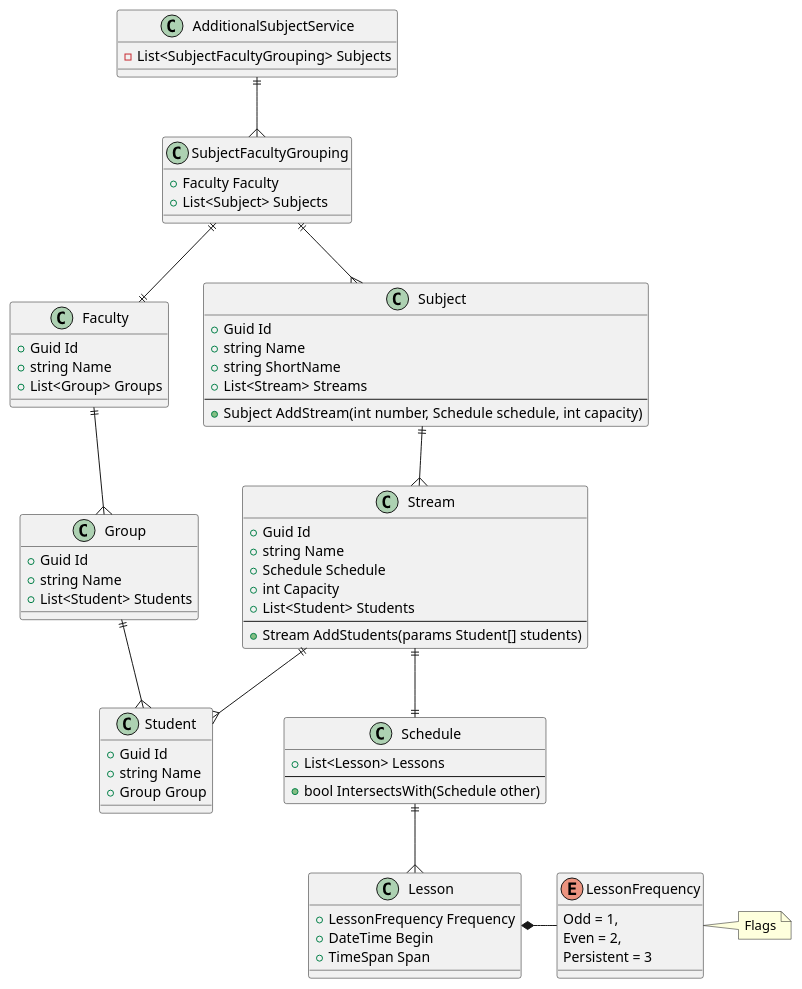
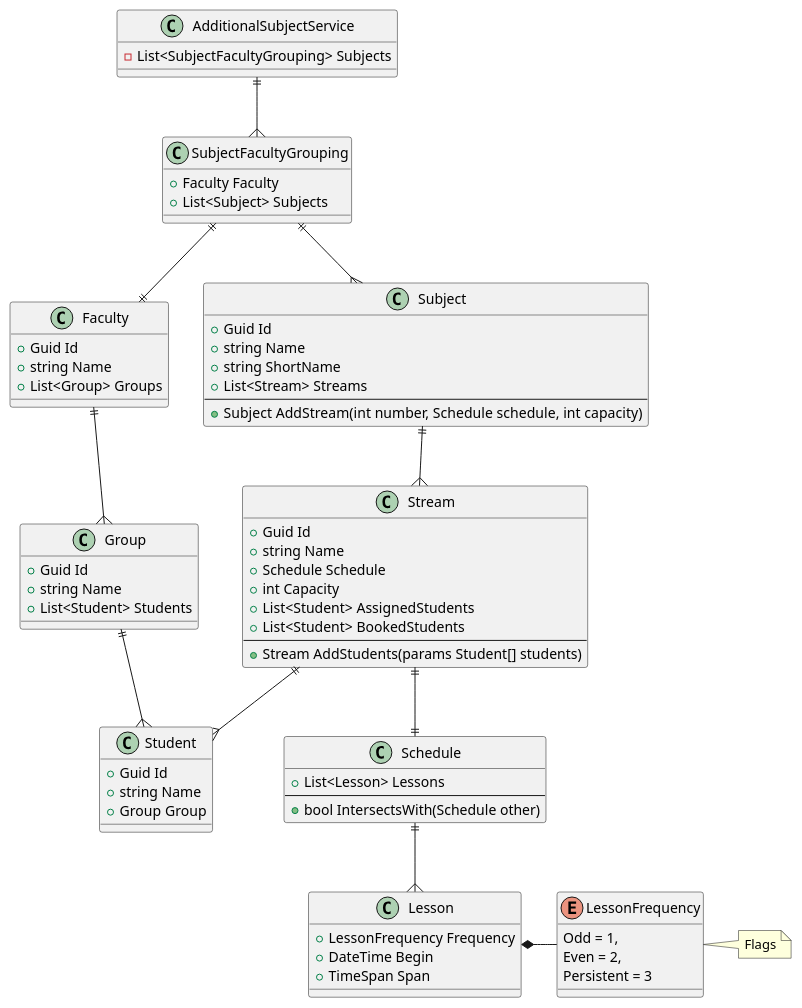
The diagram in IsuExtra/Docs/ERD.puml (ronimizy/OopLabs), drawn with PlantUML before and after one commit. The commit also changed 1 other file, not shown here.

Commit message:
feat: applying sequence diagram

```diff
--- a/IsuExtra/Docs/ERD.puml
+++ b/IsuExtra/Docs/ERD.puml
@@ -1,103 +1,104 @@
 @startuml
 'https://plantuml.com/class-diagram
 
 note "Flags" as Fl
 LessonFrequency . Fl
 
 enum LessonFrequency
 {
     Odd = 1, 
     Even = 2, 
     Persistent = 3
 }
 
 class Lesson 
 {
     + LessonFrequency Frequency
     + DateTime Begin
     + TimeSpan Span
 }
 
 class Schedule
 {
     + List<Lesson> Lessons
     --
     + bool IntersectsWith(Schedule other)
 }
 
 class Student
 {
     + Guid Id
     + string Name
     + Group Group
 }
 
 class Group
 {
     + Guid Id
     + string Name
     + List<Student> Students
 }
 
 class Faculty 
 {
     + Guid Id
     + string Name
     + List<Group> Groups
 }
 
 class Stream 
 {
     + Guid Id
     + string Name
     + Schedule Schedule
     + int Capacity
-    + List<Student> Students
+    + List<Student> AssignedStudents
+    + List<Student> BookedStudents
     --
     + Stream AddStudents(params Student[] students)
 }
 
 class Subject 
 {
     + Guid Id
     + string Name
     + string ShortName
     + List<Stream> Streams
     --
     + Subject AddStream(int number, Schedule schedule, int capacity)
 }
 
 class SubjectFacultyGrouping
 {
     + Faculty Faculty
     + List<Subject> Subjects
 }
 
 class AdditionalSubjectService
 {
     - List<SubjectFacultyGrouping> Subjects
 }
 
 '
 '
 '
 
 Lesson *- LessonFrequency
 
 Schedule ||--{ Lesson
 
 Group ||--{ Student
 
 Faculty ||--{ Group
 
 Stream ||--{ Student
 Stream ||--|| Schedule
 
 Subject ||--{ Stream
 
 SubjectFacultyGrouping ||--|| Faculty
 SubjectFacultyGrouping ||--{ Subject
 
 AdditionalSubjectService ||--{ SubjectFacultyGrouping
 
 @enduml
```
